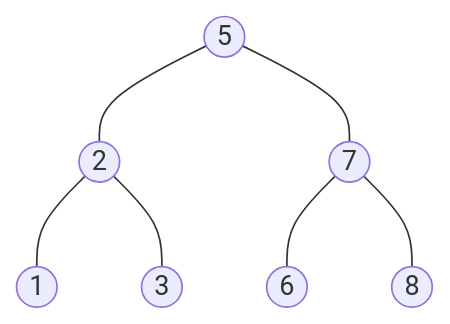
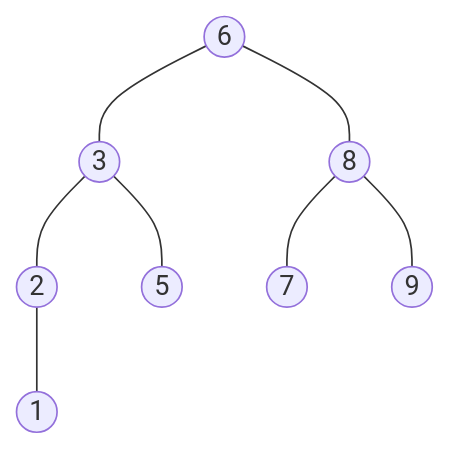
One commit to maj-rf/odin-cs changed the diagram in binary_search_tree/README.md. Above: the diagram before and after it, drawn with Mermaid. The commit also changed other lines of this file, not shown here.

Commit message:
fix: modify example tree to be clearer and more concise.

````diff
--- a/binary_search_tree/README.md
+++ b/binary_search_tree/README.md
@@ -15,7 +15,7 @@
 ```mermaid
    graph TD;
-      5((5))---2((2))---1((1));
-      5((5))---7((7))---6((6));
-      2((2))---3((3))
-      7((7))---8((8))
+      6((6))---3((3))---2((2))---1((1));
+      3((3))---5((5));
+      6((6))---8((8))---7((7))
+      8((8))---9((9))
 ```
````
